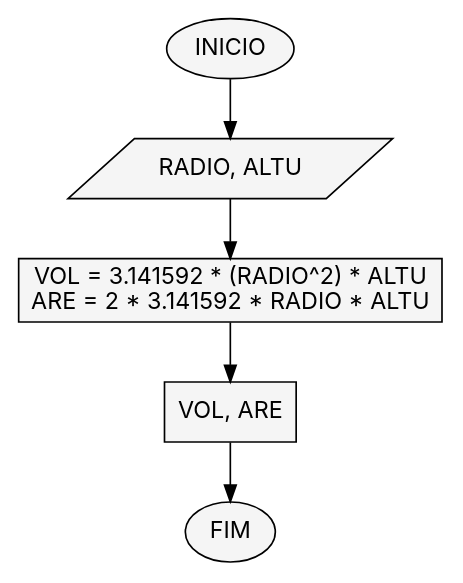
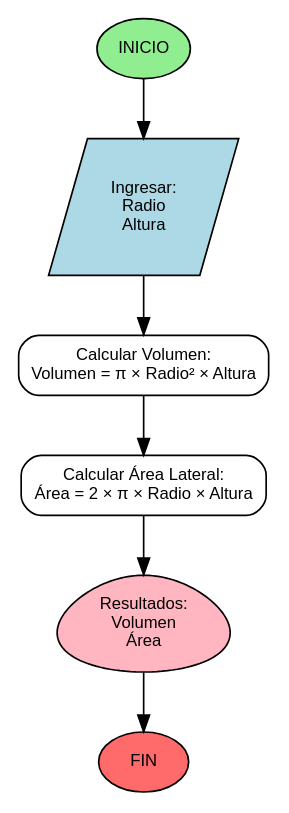
Before and after one commit to RosarioReyesMtz/java-tutor-tics: the diagram in Diagramas/diagrama_1_5.dot, drawn with Graphviz. The commit also changed 46 other files, not shown here.

```diff
--- a/Diagramas/diagrama_1_5.dot
+++ b/Diagramas/diagrama_1_5.dot
@@ -1,28 +1,31 @@
-/* Pega este código en un editor de Graphviz (como Graphviz Online)
-  para generar tu archivo de imagen (ej. diagrama.png)
-*/
-digraph G {
-    graph [fontname="Inter, sans-serif"];
-    node [shape=ellipse, style=filled, fillcolor="#f5f5f5", fontname="Inter, sans-serif"];
-    edge [fontname="Inter, sans-serif"];
 
-    // Definición de Nodos con las formas del diagrama de flujo
-    INICIO [shape=ellipse];
+digraph problema_1_5 {
+    // Configuración general
+    rankdir=TB;
+    node [fontname="Arial", fontsize=10];
     
-    LEER [shape=parallelogram, label="RADIO, ALTU"];
+    // Inicio
+    inicio [label="INICIO", shape=ellipse, style=filled, fillcolor="#90EE90"];
     
-    PROCESO [
-      shape=rect, 
-      label="VOL = 3.141592 * (RADIO^2) * ALTU\nARE = 2 * 3.141592 * RADIO * ALTU"
-    ];
+    // Entrada de datos
+    leer [label="Ingresar:\nRadio\nAltura", shape=parallelogram, style=filled, fillcolor="#ADD8E6"];
     
-    ESCRIBIR [shape=document, label="VOL, ARE"];
+    // Proceso: Calcular Volumen
+    calc_vol [label="Calcular Volumen:\nVolumen = π × Radio² × Altura", shape=box, style=rounded];
     
-    FIM [shape=ellipse];
-
+    // Proceso: Calcular Área
+    calc_area [label="Calcular Área Lateral:\nÁrea = 2 × π × Radio × Altura", shape=box, style=rounded];
+    
+    // Salida de resultados
+    salida [label="Resultados:\nVolumen\nÁrea", shape=egg, style=filled, fillcolor="#FFB6C1"];
+    
+    // Fin
+    fin [label="FIN", shape=ellipse, style=filled, fillcolor="#FF6B6B"];
+    
     // Conexiones
-    INICIO -> LEER;
-    LEER -> PROCESO;
-    PROCESO -> ESCRIBIR;
-    ESCRIBIR -> FIM;
+    inicio -> leer;
+    leer -> calc_vol;
+    calc_vol -> calc_area;
+    calc_area -> salida;
+    salida -> fin;
 }
```
